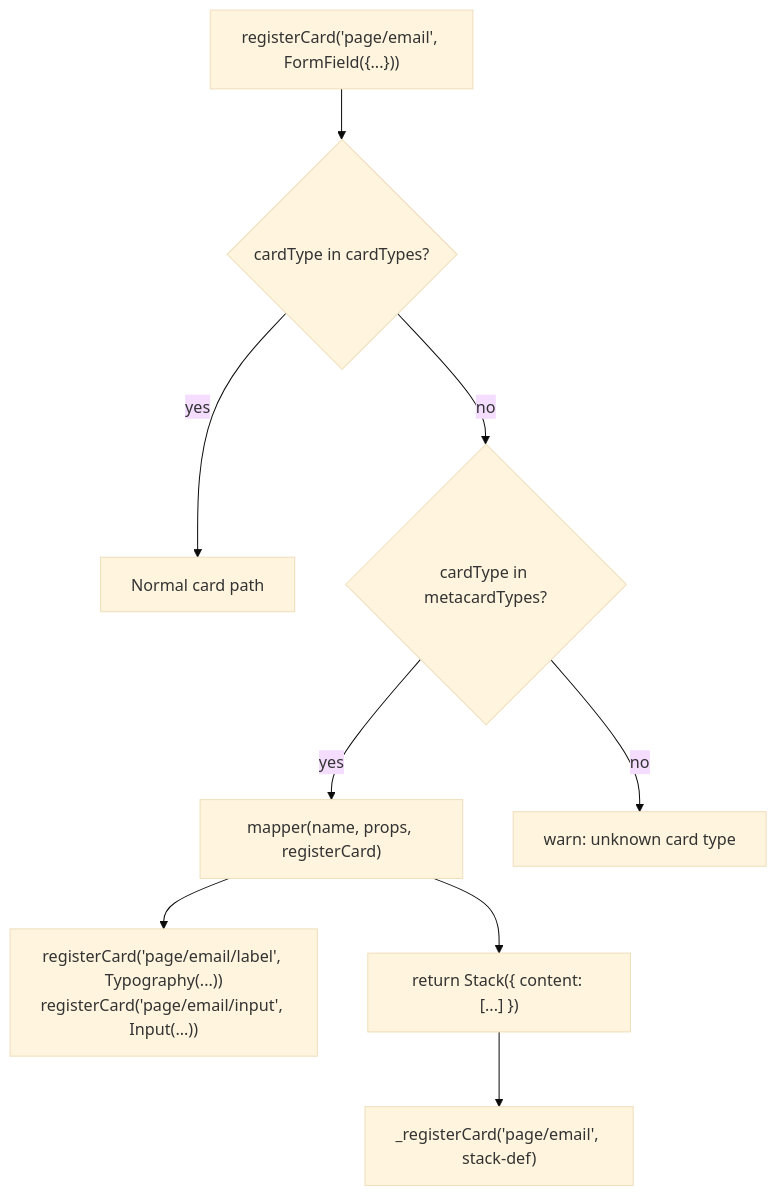
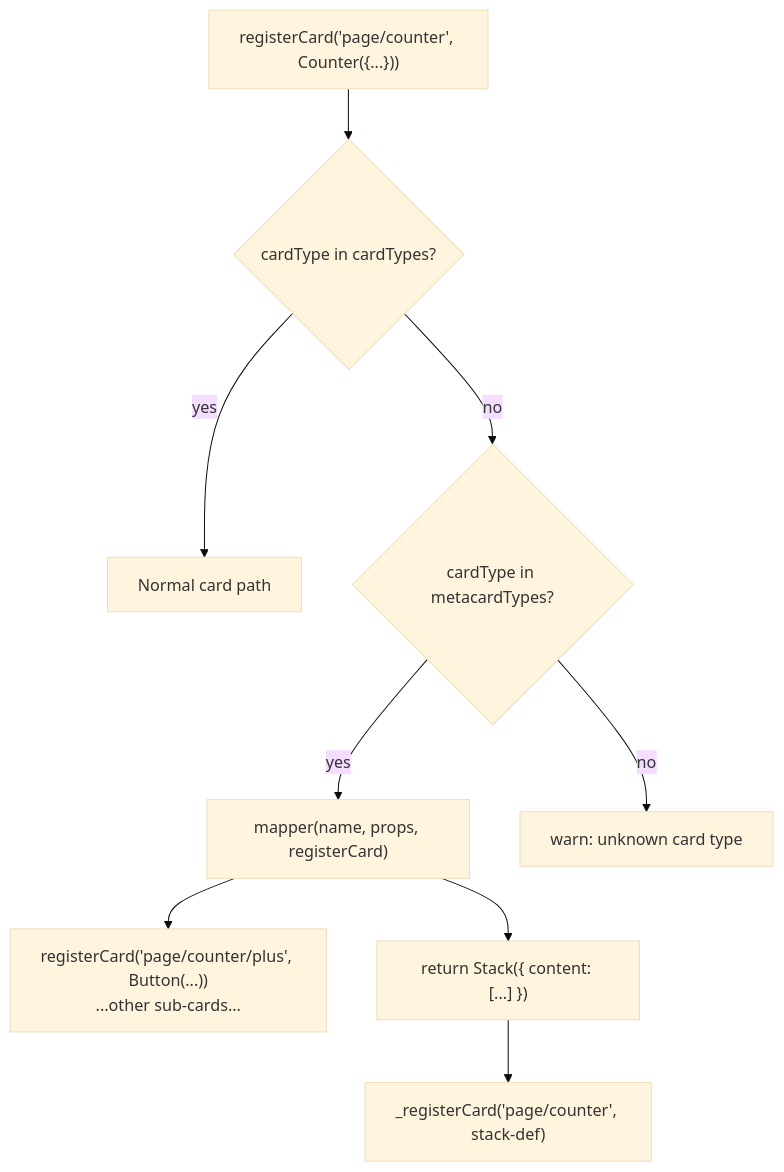
Before and after one commit to ivcap-works/pihanga-core: the diagram in docs/docs/guides/metacards.md, drawn with Mermaid (base theme). The commit also changed other lines of this file and 5 other files, not shown here.

````diff
--- a/docs/docs/guides/metacards.md
+++ b/docs/docs/guides/metacards.md
@@ -22,11 +22,11 @@
 ```mermaid
 flowchart TD
-    A["registerCard('page/email', FormField({...}))"] --> B{cardType in cardTypes?}
+    A["registerCard('page/counter', Counter({...}))"] --> B{cardType in cardTypes?}
     B -- yes --> C[Normal card path]
     B -- no --> D{cardType in metacardTypes?}
     D -- yes --> E["mapper(name, props, registerCard)"]
-    E --> F["registerCard('page/email/label', Typography(...))\nregisterCard('page/email/input', Input(...))"]
+    E --> F["registerCard('page/counter/plus', Button(...))\n...other sub-cards..."]
     E --> G["return Stack({ content: [...] })"]
-    G --> H["_registerCard('page/email', stack-def)"]
+    G --> H["_registerCard('page/counter', stack-def)"]
     D -- no --> I["warn: unknown card type"]
 ```
````
